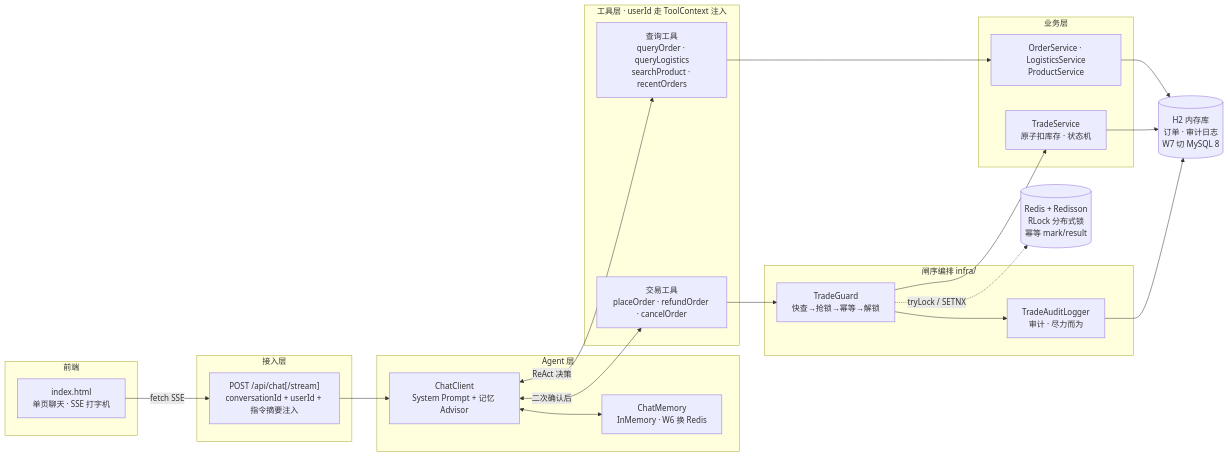
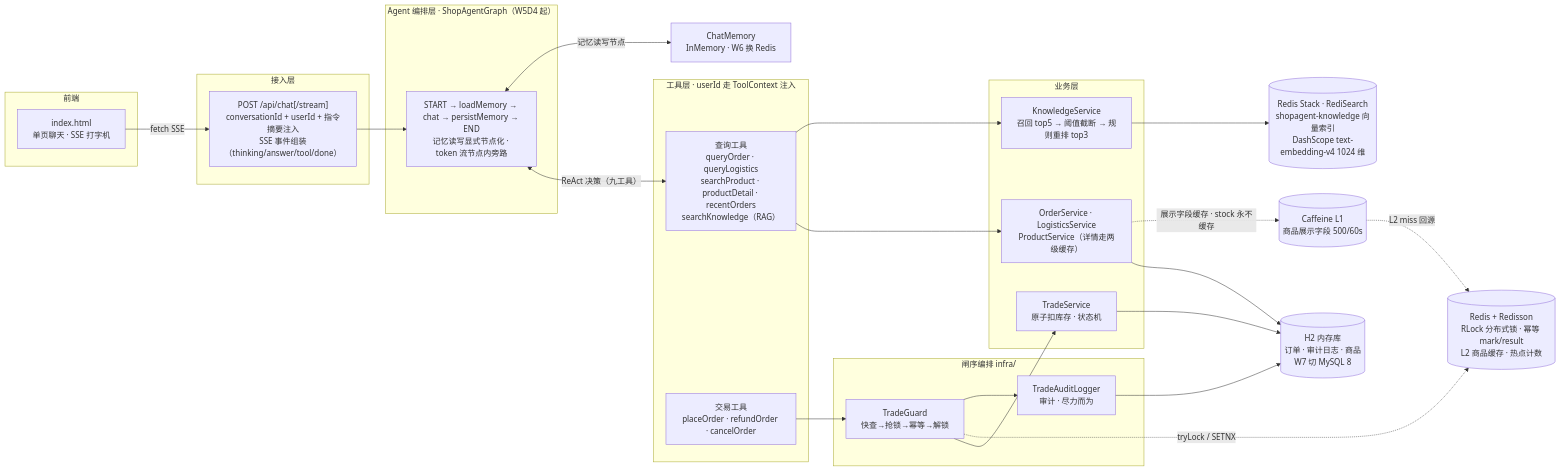
One commit to zh-hanlabs/Alpha_Shop changed the first of 2 diagrams in README.md. Above: the diagram before and after it, drawn with Mermaid. The commit also changed other lines of this file and 7 other files, not shown here.

````diff
--- a/README.md
+++ b/README.md
@@ -7,36 +7,40 @@
 ```mermaid
 flowchart LR
     subgraph FE["前端"]
         UI[index.html<br/>单页聊天 · SSE 打字机]
     end
     subgraph GATE["接入层"]
-        API["POST /api/chat[/stream]<br/>conversationId + userId + 指令摘要注入"]
+        API["POST /api/chat[/stream]<br/>conversationId + userId + 指令摘要注入<br/>SSE 事件组装（thinking/answer/tool/done）"]
     end
-    subgraph AGENT["Agent 层"]
-        CC[ChatClient<br/>System Prompt + 记忆 Advisor]
-        MEM[ChatMemory<br/>InMemory · W6 换 Redis]
+    subgraph GRAPH["Agent 编排层 · ShopAgentGraph（W5D4 起）"]
+        G["START → loadMemory → chat → persistMemory → END<br/>记忆读写显式节点化 · token 流节点内旁路"]
     end
     subgraph TOOLS["工具层 · userId 走 ToolContext 注入"]
-        QT["查询工具<br/>queryOrder · queryLogistics<br/>searchProduct · recentOrders"]
+        QT["查询工具<br/>queryOrder · queryLogistics<br/>searchProduct · productDetail · recentOrders<br/>searchKnowledge（RAG）"]
         TT["交易工具<br/>placeOrder · refundOrder · cancelOrder"]
     end
     subgraph GUARD["闸序编排 infra/"]
         TG["TradeGuard<br/>快查→抢锁→幂等→解锁"]
         AUD["TradeAuditLogger<br/>审计 · 尽力而为"]
     end
     subgraph SVC["业务层"]
-        QS["OrderService · LogisticsService<br/>ProductService"]
+        QS["OrderService · LogisticsService<br/>ProductService（详情走两级缓存）"]
+        KS["KnowledgeService<br/>召回 top5 → 阈值截断 → 规则重排 top3"]
         TS["TradeService<br/>原子扣库存 · 状态机"]
     end
-    H2[("H2 内存库<br/>订单 · 审计日志<br/>W7 切 MySQL 8")]
-    RED[("Redis + Redisson<br/>RLock 分布式锁<br/>幂等 mark/result")]
+    H2[("H2 内存库<br/>订单 · 审计日志 · 商品<br/>W7 切 MySQL 8")]
+    RED[("Redis + Redisson<br/>RLock 分布式锁 · 幂等 mark/result<br/>L2 商品缓存 · 热点计数")]
+    VEC[("Redis Stack · RediSearch<br/>shopagent-knowledge 向量索引<br/>DashScope text-embedding-v4 1024 维")]
+    L1[("Caffeine L1<br/>商品展示字段 500/60s")]
 
-    UI -->|"fetch SSE"| API --> CC
-    CC <-->|"ReAct 决策"| QT
-    CC <-->|"二次确认后"| TT
-    CC <--> MEM
+    UI -->|"fetch SSE"| API --> G
+    G <-->|"ReAct 决策（九工具）"| QT
+    G <-->|"记忆读写节点"| MEM[ChatMemory<br/>InMemory · W6 换 Redis]
     QT --> QS --> H2
+    QT --> KS --> VEC
+    QS -.->|"展示字段缓存 · stock 永不缓存"| L1
+    L1 -.->|"L2 miss 回源"| RED
     TT --> TG --> TS --> H2
     TG -.->|"tryLock / SETNX"| RED
     TG --> AUD --> H2
 ```
````
